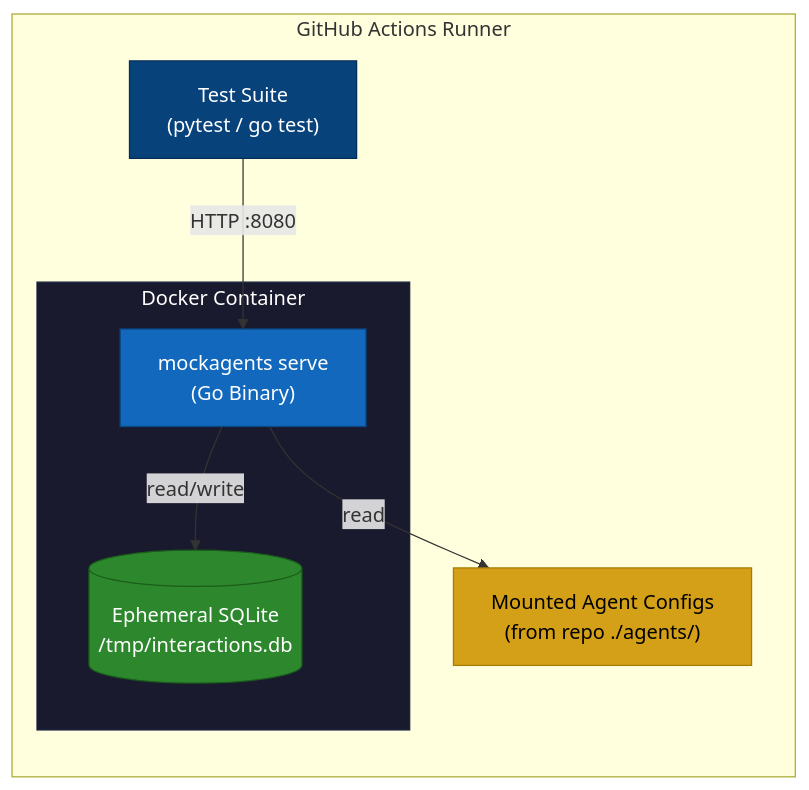
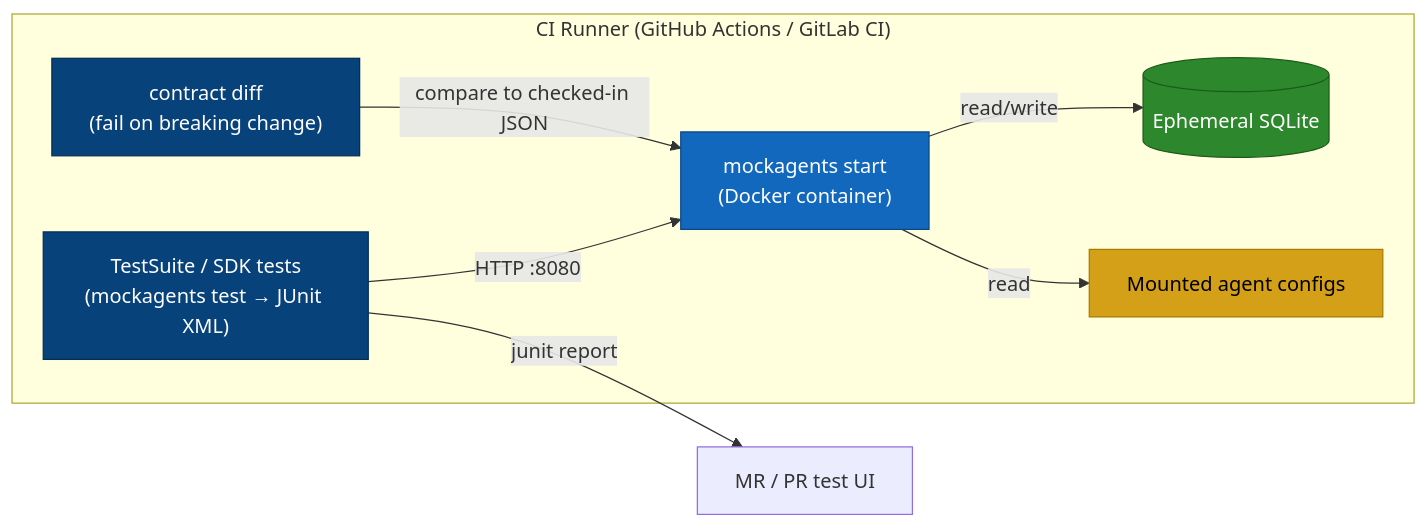
One commit to mockagents/mockagents changed the seventh of 11 diagrams in docs/architecture-diagrams.md. Above: the diagram before and after it, drawn with Mermaid. The commit also changed other lines of this file and 5 other files, not shown here.

First line of the commit message:
docs: refresh changelog, architecture diagrams, and README for v0.2/v0.3

````diff
--- a/docs/architecture-diagrams.md
+++ b/docs/architecture-diagrams.md
@@ -226,21 +332,22 @@
 ```mermaid
 flowchart LR
-    subgraph runner["GitHub Actions Runner"]
-        subgraph container["Docker Container"]
-            cli["mockagents serve\n(Go Binary)"]
-            sqlite[("Ephemeral SQLite\n/tmp/interactions.db")]
-        end
-        yamls["Mounted Agent Configs\n(from repo ./agents/)"]
-        tests["Test Suite\n(pytest / go test)"]
+    subgraph runner["CI Runner (GitHub Actions / GitLab CI)"]
+        cli["mockagents start<br/>(Docker container)"]
+        sqlite[("Ephemeral SQLite")]
+        yamls["Mounted agent configs"]
+        tests["TestSuite / SDK tests<br/>(mockagents test → JUnit XML)"]
+        contractdiff["contract diff<br/>(fail on breaking change)"]
     end
 
     tests -->|"HTTP :8080"| cli
+    contractdiff -->|"compare to checked-in JSON"| cli
     cli -->|"read"| yamls
     cli -->|"read/write"| sqlite
+    tests -->|"junit report"| report["MR / PR test UI"]
 
-    style container fill:#1a1a2e,stroke:#16213e,color:#fff
     style cli fill:#1168bd,stroke:#0b4884,color:#fff
     style sqlite fill:#2d882d,stroke:#1a5c1a,color:#fff
     style yamls fill:#d4a017,stroke:#a67c00,color:#000
     style tests fill:#08427b,stroke:#052e56,color:#fff
+    style contractdiff fill:#08427b,stroke:#052e56,color:#fff
 ```
````
